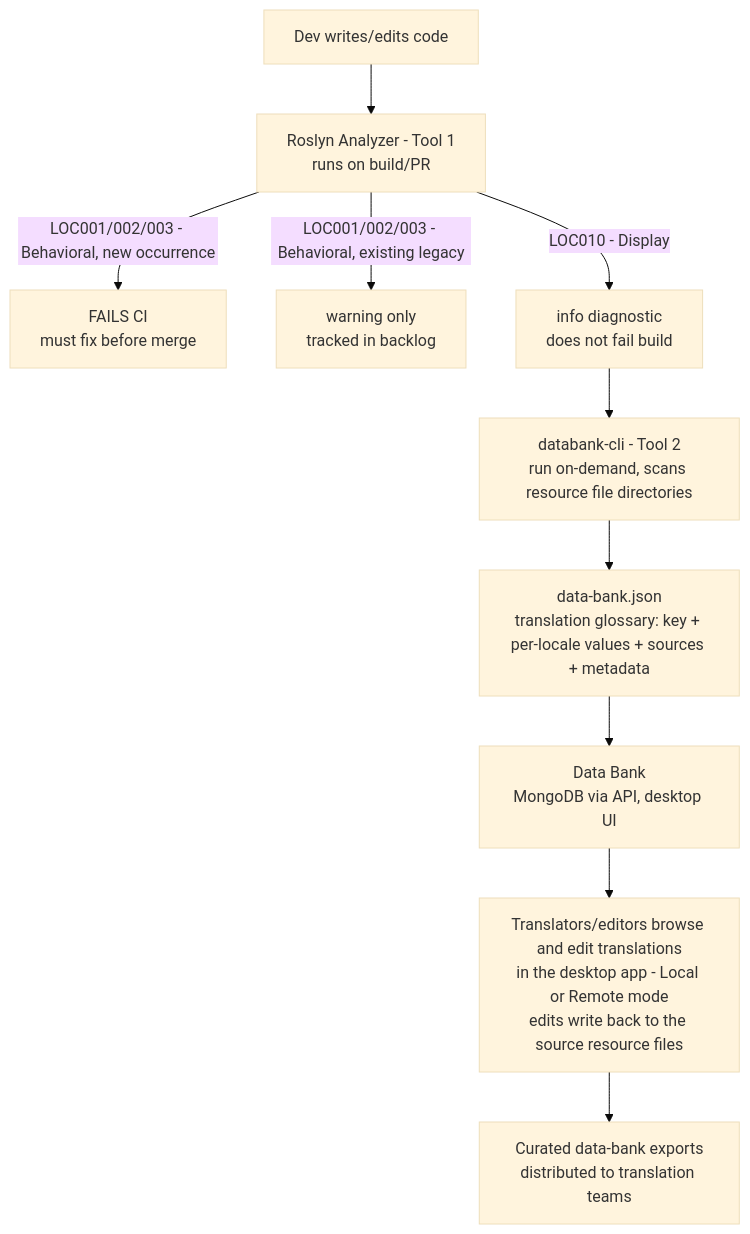
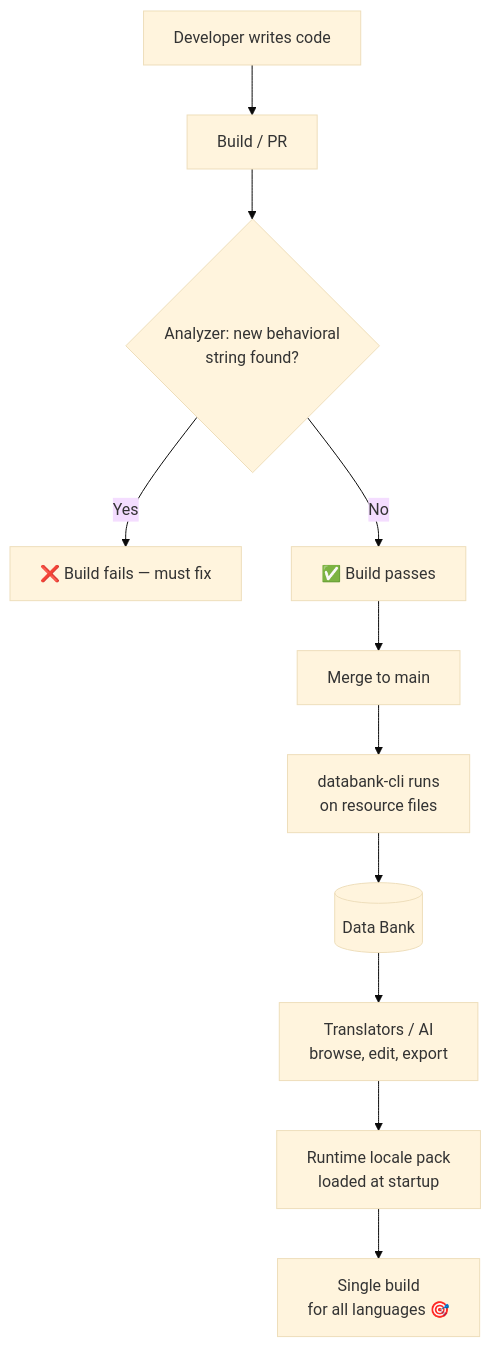
One commit to ejsadiarin-emr/LocalizationTools changed the fourth of 4 diagrams in PROJECT_CONTEXT.md. Above: the diagram before and after it, drawn with Mermaid (base theme). The commit also changed other lines of this file, not shown here.

Commit message:
docs: rewrite PROJECT_CONTEXT.md as concise PRD with mermaid diagrams

````diff
--- a/PROJECT_CONTEXT.md
+++ b/PROJECT_CONTEXT.md
@@ -165,14 +129,15 @@
 ```mermaid
 flowchart TD
-    DEV[Dev writes/edits code] --> ANA[Roslyn Analyzer - Tool 1<br/>runs on build/PR]
+    DEV[Developer writes code] --> BUILD[Build / PR]
 
-    ANA -->|LOC001/002/003 - Behavioral, new occurrence| FAIL[FAILS CI<br/>must fix before merge]
-    ANA -->|LOC001/002/003 - Behavioral, existing legacy| WARN[warning only<br/>tracked in backlog]
-    ANA -->|LOC010 - Display| INF[info diagnostic<br/>does not fail build]
+    BUILD --> A1{Analyzer: new behavioral<br/>string found?}
+    A1 -->|Yes| BLOCK[❌ Build fails — must fix]
+    A1 -->|No| PASS[✅ Build passes]
+    PASS --> MERGE[Merge to main]
 
-    INF --> CLI[databank-cli - Tool 2<br/>run on-demand, scans resource file directories]
-    CLI --> DB[data-bank.json<br/>translation glossary: key + per-locale values + sources + metadata]
-    DB --> STORE[Data Bank<br/>MongoDB via API, desktop UI]
-    STORE --> EDIT[Translators/editors browse and edit translations<br/>in the desktop app - Local or Remote mode<br/>edits write back to the source resource files]
-    EDIT --> EXPORT[Curated data-bank exports<br/>distributed to translation teams]
+    MERGE --> EXTRACT[databank-cli runs<br/>on resource files]
+    EXTRACT --> BANK[(Data Bank)]
+    BANK --> TRANSLATE[Translators / AI<br/>browse, edit, export]
+    TRANSLATE --> PACK[Runtime locale pack<br/>loaded at startup]
+    PACK --> ONEBUILD[Single build<br/>for all languages 🎯]
 ```
````
